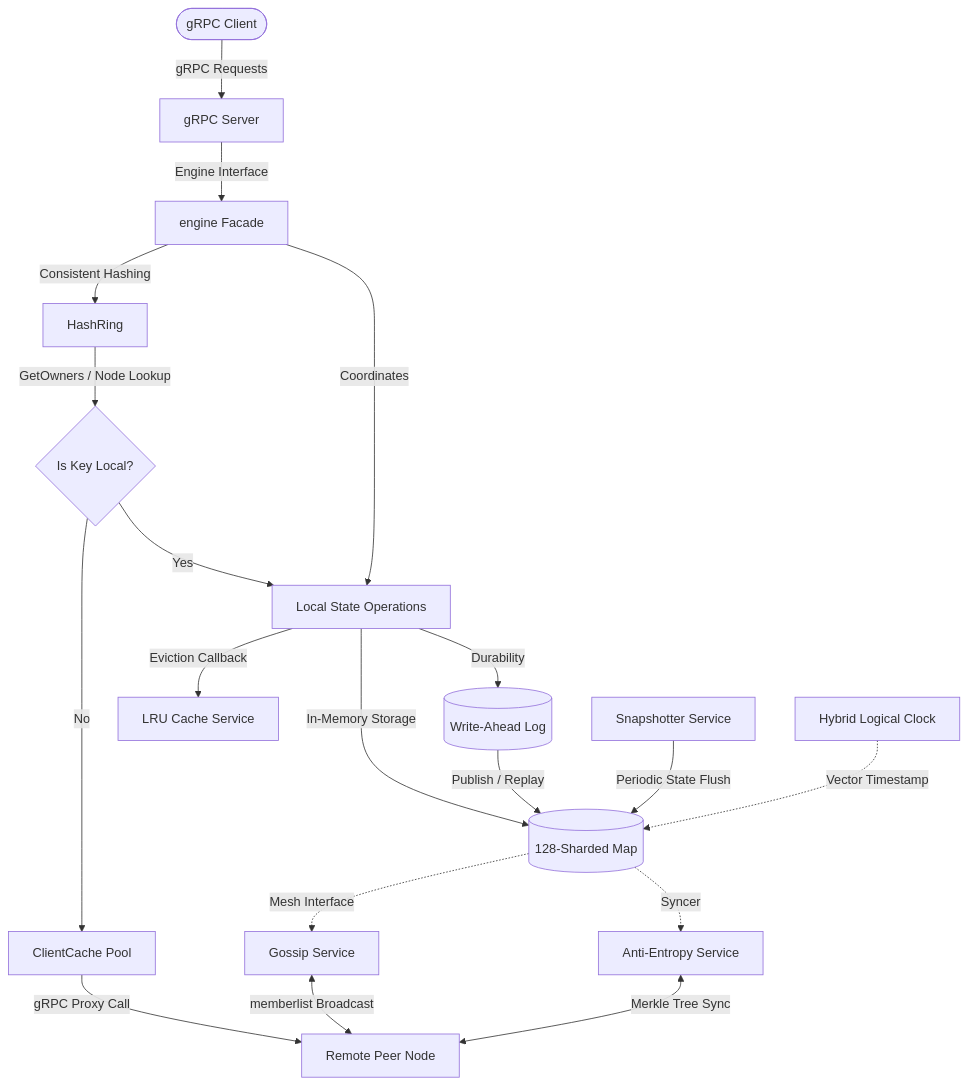
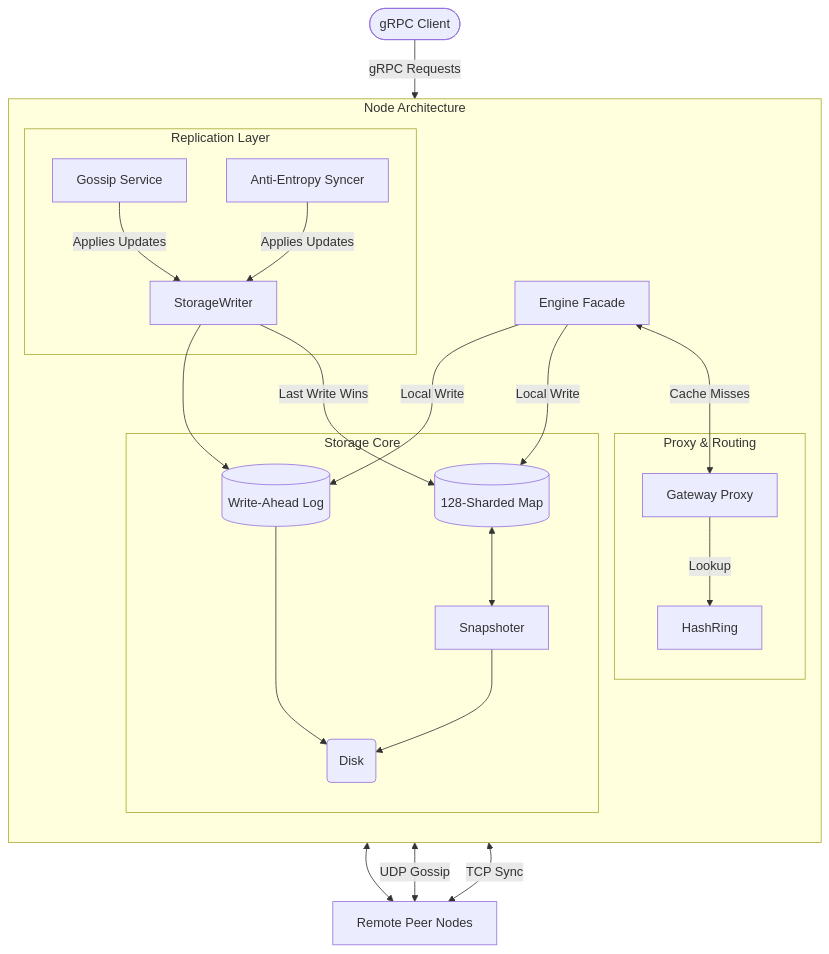
One commit to RoseWrightdev/dkv changed the first of 3 diagrams in README.md. Above: the diagram before and after it, drawn with Mermaid. The commit also changed other lines of this file, not shown here.

Commit message:
docs: update architecture diagrams and workflows in README.md

````diff
--- a/README.md
+++ b/README.md
@@ -19,33 +19,44 @@
 ```mermaid
 flowchart TD
-    Client([gRPC Client]) -->|gRPC Requests| Server[gRPC Server]
-    Server -->|Engine Interface| Engine[engine Facade]
+    Client([gRPC Client]) -->|gRPC Requests| Engine[Engine Facade]
     
-    %% Routing Decisions
-    Engine -->|Consistent Hashing| Ring[HashRing]
-    Ring -->|GetOwners / Node Lookup| OwnerCheck{Is Key Local?}
+    subgraph DKVNode[Node Architecture]
+        direction TB
+        
+        subgraph Storage[Storage Core]
+            Disk(Disk)
+            Snapshot[Snapshoter]
+            WAL[(Write-Ahead Log)]
+            ShardedMap[(128-Sharded Map)]
+        end
+        
+        subgraph Routing[Proxy & Routing]
+            Gateway[Gateway Proxy]
+            Ring[HashRing]
+        end
+        
+        subgraph Replication[Replication Layer]
+            Gossip[Gossip Service]
+            Syncer[Anti-Entropy Syncer]
+            Writer[StorageWriter]
+        end
+        
+        %% Internal Data Flow
+        WAL --> Disk
+        Snapshot --> Disk
+        ShardedMap <--> Snapshot
+        Engine -->|Local Write| WAL
+        Engine -->|Local Write| ShardedMap
+        Engine <-->|Cache Misses| Gateway
+        Gateway -->|Lookup| Ring
+        Gossip -->|Applies Updates| Writer
+        Syncer -->|Applies Updates| Writer
+        Writer --> WAL
+        Writer -->|Last Write Wins| ShardedMap
+    end
     
-    %% Proxy path
-    OwnerCheck -->|No| ClientCache[ClientCache Pool]
-    ClientCache -->|gRPC Proxy Call| PeerNode[Remote Peer Node]
-    
-    %% Local Path
-    OwnerCheck -->|Yes| LocalStore[Local State Operations]
-    Engine -->|Coordinates| LocalStore
-    
-    %% Storage Core Stack (Vertically Aligned)
-    LocalStore -->|Durability| WAL[(Write-Ahead Log)]
-    LocalStore -->|In-Memory Storage| MemMap[(128-Sharded Map)]
-    LocalStore -->|Eviction Callback| LRU[LRU Cache Service]
-    
-    WAL -->|Publish / Replay| MemMap
-    Snapshot[Snapshotter Service] -->|Periodic State Flush| MemMap
-    HLC[Hybrid Logical Clock] -.->|Vector Timestamp| MemMap
-    
-    %% Replication & AE
-    MemMap -.->|Mesh Interface| Gossip[Gossip Service]
-    MemMap -.->|Syncer| AE[Anti-Entropy Service]
-    
-    Gossip <-->|memberlist Broadcast| PeerNode
-    AE <-->|Merkle Tree Sync| PeerNode
+    %% External Network Flow
+    Gateway <--> PeerNode[Remote Peer Nodes]
+    Gossip <-->|UDP Gossip| PeerNode
+    Syncer <-->|TCP Sync| PeerNode
 ```
````
